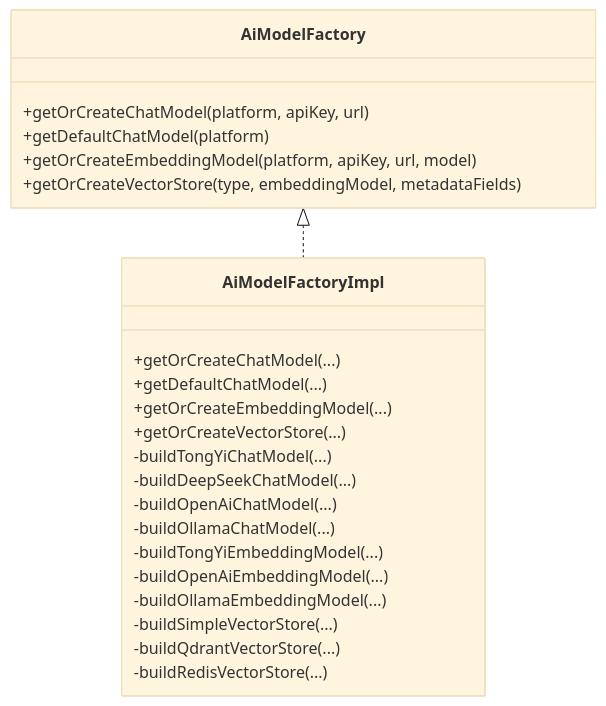
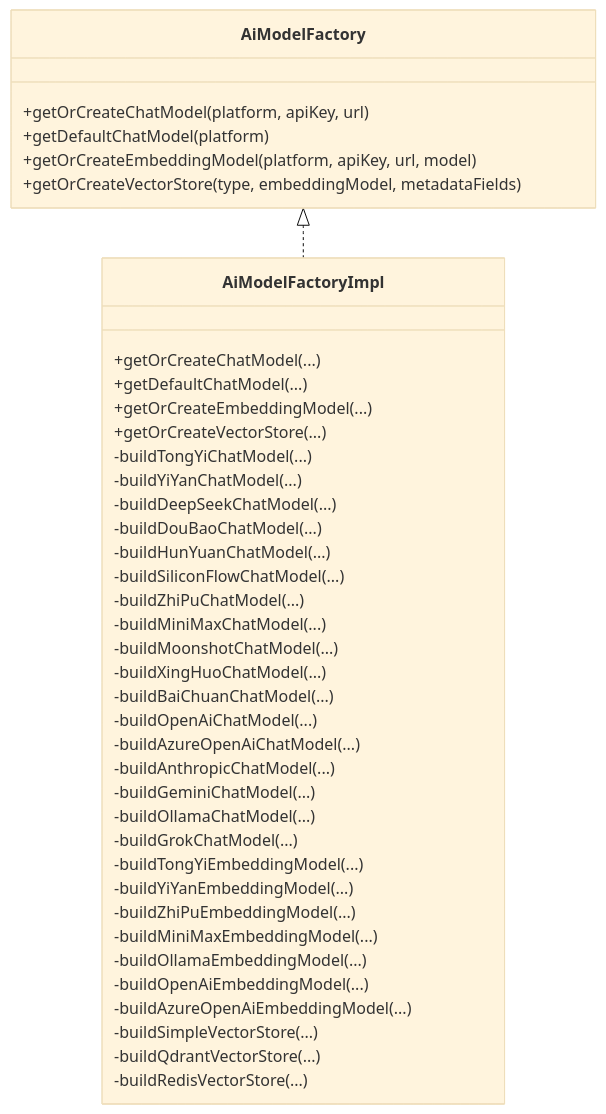
One commit to X555LB/data-ai changed the third of 6 diagrams in .qoder/repowiki/zh/content/AI模型管理/模型类型与平台配置.md. Above: the diagram before and after it, drawn with Mermaid (base theme). The commit also changed other lines of this file and 9 other files, not shown here.

````diff
--- a/.qoder/repowiki/zh/content/AI模型管理/模型类型与平台配置.md
+++ b/.qoder/repowiki/zh/content/AI模型管理/模型类型与平台配置.md
@@ -192,26 +197,43 @@
 ```mermaid
 classDiagram
 class AiModelFactory {
 +getOrCreateChatModel(platform, apiKey, url)
 +getDefaultChatModel(platform)
 +getOrCreateEmbeddingModel(platform, apiKey, url, model)
 +getOrCreateVectorStore(type, embeddingModel, metadataFields)
 }
 class AiModelFactoryImpl {
 +getOrCreateChatModel(...)
 +getDefaultChatModel(...)
 +getOrCreateEmbeddingModel(...)
 +getOrCreateVectorStore(...)
 -buildTongYiChatModel(...)
+-buildYiYanChatModel(...)
 -buildDeepSeekChatModel(...)
+-buildDouBaoChatModel(...)
+-buildHunYuanChatModel(...)
+-buildSiliconFlowChatModel(...)
+-buildZhiPuChatModel(...)
+-buildMiniMaxChatModel(...)
+-buildMoonshotChatModel(...)
+-buildXingHuoChatModel(...)
+-buildBaiChuanChatModel(...)
 -buildOpenAiChatModel(...)
+-buildAzureOpenAiChatModel(...)
+-buildAnthropicChatModel(...)
+-buildGeminiChatModel(...)
 -buildOllamaChatModel(...)
+-buildGrokChatModel(...)
 -buildTongYiEmbeddingModel(...)
+-buildYiYanEmbeddingModel(...)
+-buildZhiPuEmbeddingModel(...)
+-buildMiniMaxEmbeddingModel(...)
+-buildOllamaEmbeddingModel(...)
 -buildOpenAiEmbeddingModel(...)
--buildOllamaEmbeddingModel(...)
+-buildAzureOpenAiEmbeddingModel(...)
 -buildSimpleVectorStore(...)
 -buildQdrantVectorStore(...)
 -buildRedisVectorStore(...)
 }
 AiModelFactory <|.. AiModelFactoryImpl
 ```
````
